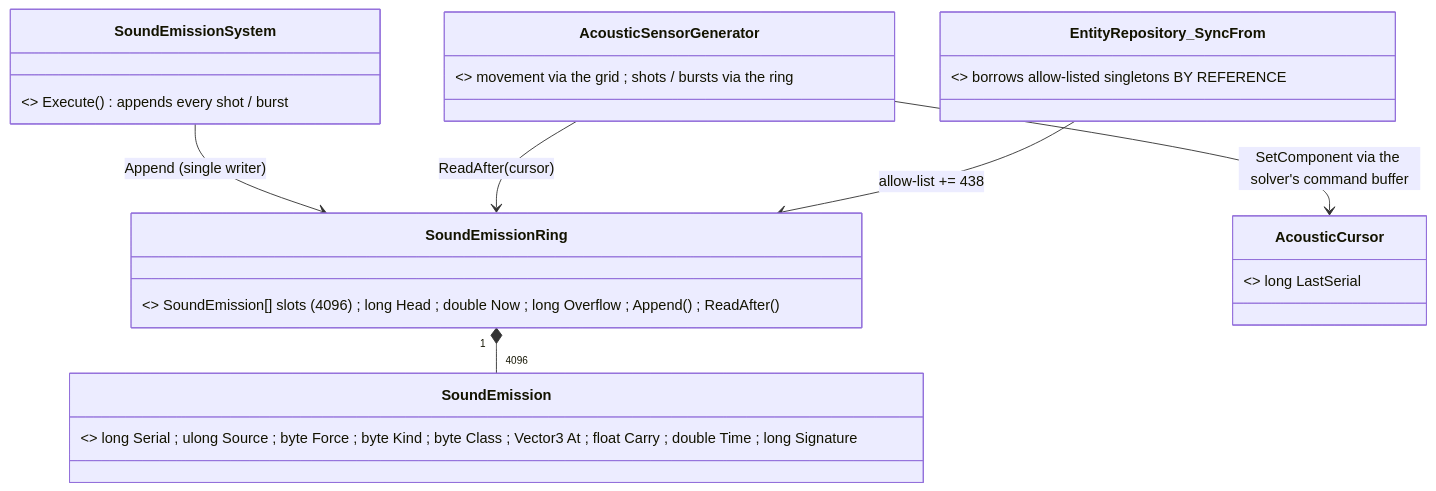
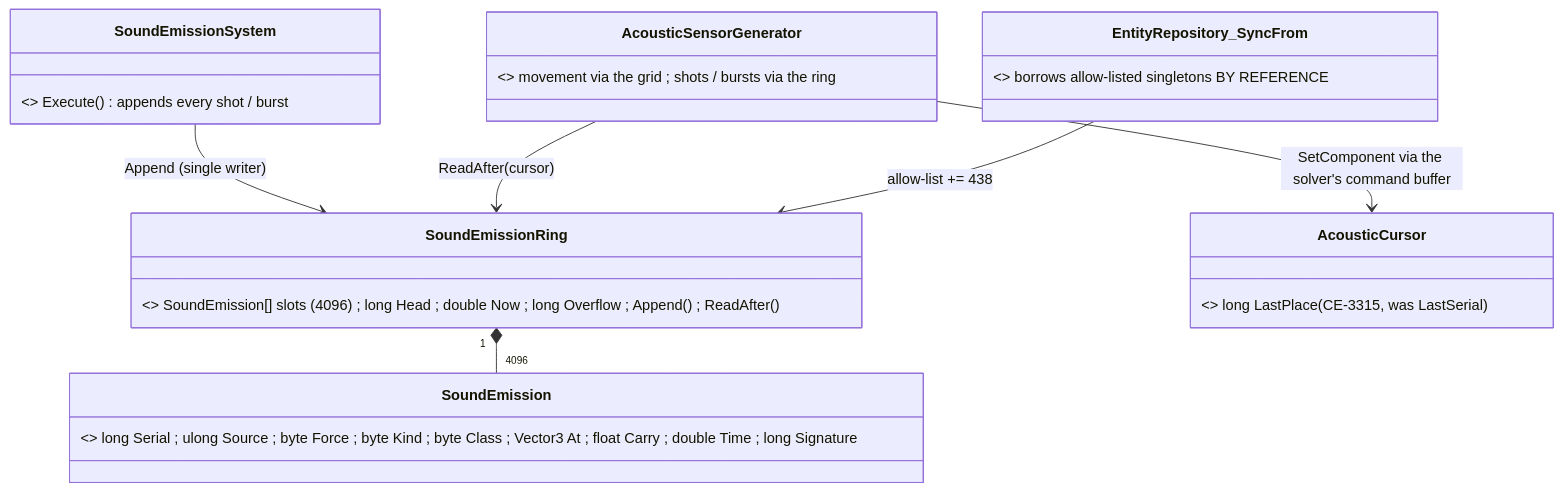
The tenth of 16 diagrams in docs/DESIGN_Thermal_And_Acoustic_Sensing.md (pjanec/HROT), drawn with Mermaid before and after one commit. The commit also changed other lines of this file and 13 other files, not shown here.

````diff
--- a/docs/DESIGN_Thermal_And_Acoustic_Sensing.md
+++ b/docs/DESIGN_Thermal_And_Acoustic_Sensing.md
@@ -623,14 +624,14 @@
 ```mermaid
 classDiagram
   class SoundEmissionSystem { <<existing, SimHost main thread>> Execute() appends every shot / burst }
   class SoundEmissionRing { <<NEW managed singleton, id 438>> SoundEmission[] slots (4096) ; long Head ; double Now ; long Overflow ; Append() ; ReadAfter() }
   class SoundEmission { <<NEW struct>> long Serial ; ulong Source ; byte Force ; byte Kind ; byte Class ; Vector3 At ; float Carry ; double Time ; long Signature }
-  class AcousticCursor { <<NEW component on the sensor, id 439>> long LastSerial }
+  class AcousticCursor { <<NEW component on the sensor, id 439>> long LastPlace (CE-3315, was LastSerial) }
   class AcousticSensorGenerator { <<existing>> movement via the grid ; shots / bursts via the ring }
   class EntityRepository_SyncFrom { <<existing, FDP>> borrows allow-listed singletons BY REFERENCE }
   SoundEmissionSystem --> SoundEmissionRing : Append (single writer)
   SoundEmissionRing "1" *-- "4096" SoundEmission
   AcousticSensorGenerator --> SoundEmissionRing : ReadAfter(cursor)
   AcousticSensorGenerator --> AcousticCursor : SetComponent via the solver's command buffer
   EntityRepository_SyncFrom --> SoundEmissionRing : allow-list += 438
 ```
````
